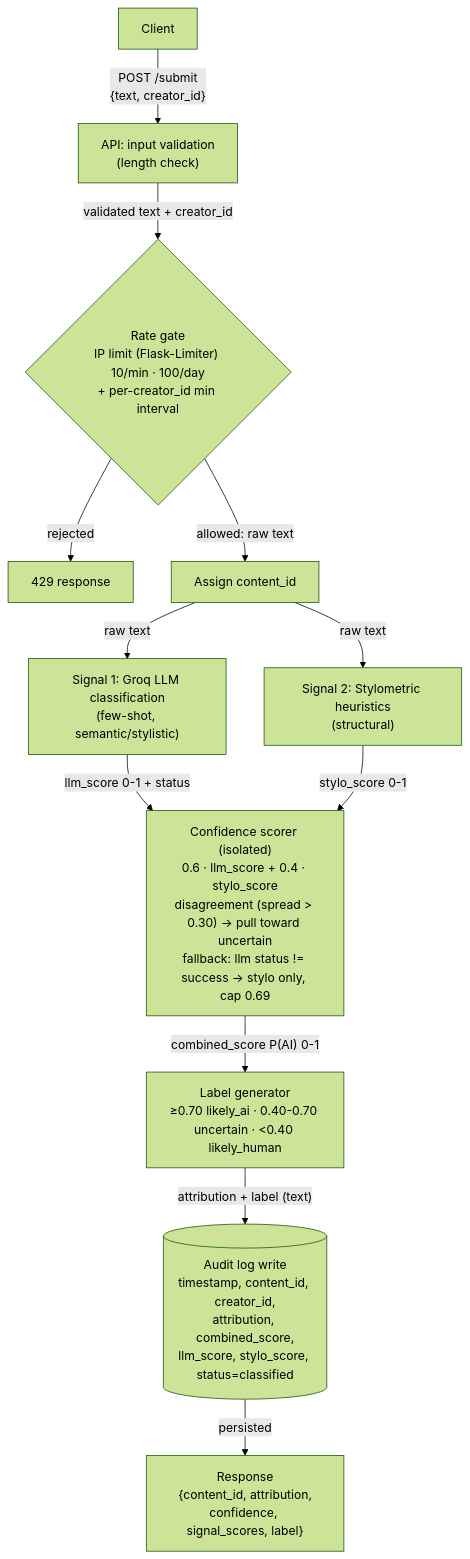
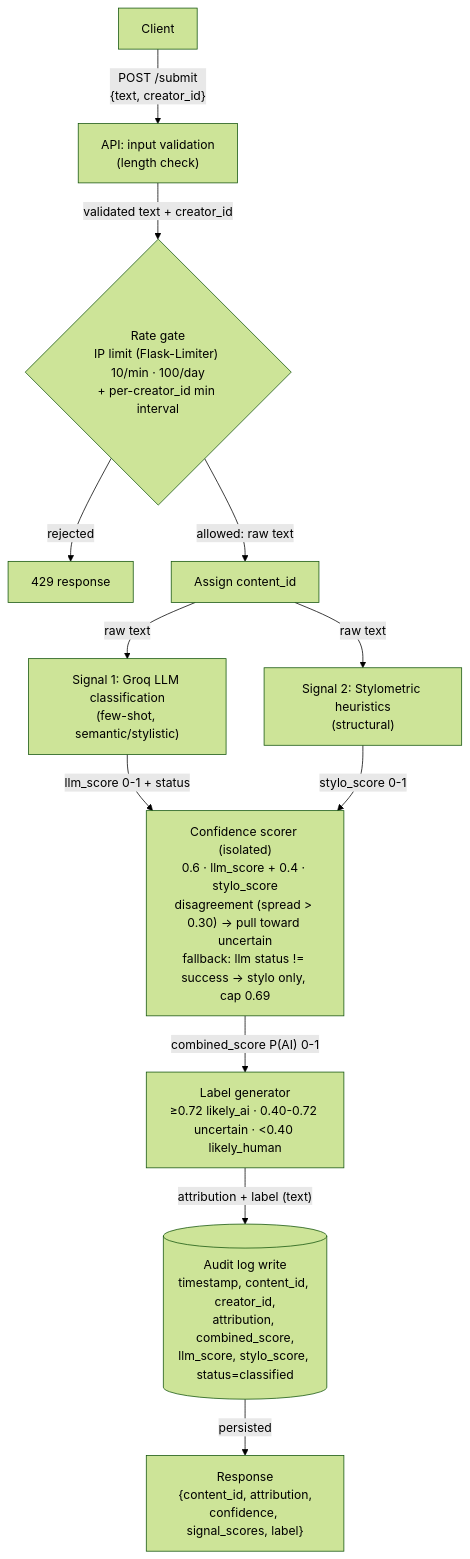
The first of 2 diagrams in planning.md (EmiEscu/ai201-project4-provenance-guard), drawn with Mermaid (forest theme) before and after one commit. The commit also changed other lines of this file and 2 other files, not shown here.

Commit message:
F: Stylometry.py and planning.md dropped punctuation_density_score. Raised likely ai threshold from 0.70 to 0.72 in confidence.py

````diff
--- a/planning.md
+++ b/planning.md
@@ -124,14 +129,14 @@
 ```mermaid
 flowchart TD
     A["Client"] -->|"POST /submit<br/>{text, creator_id}"| B["API: input validation<br/>(length check)"]
     B -->|"validated text + creator_id"| G{"Rate gate<br/>IP limit (Flask-Limiter) 10/min · 100/day<br/>+ per-creator_id min interval"}
     G -->|"rejected"| R429["429 response"]
     G -->|"allowed: raw text"| C["Assign content_id"]
     C -->|"raw text"| D["Signal 1: Groq LLM classification<br/>(few-shot, semantic/stylistic)"]
     C -->|"raw text"| E["Signal 2: Stylometric heuristics<br/>(structural)"]
     D -->|"llm_score 0-1 + status"| F["Confidence scorer (isolated)<br/>0.6 · llm_score + 0.4 · stylo_score<br/>disagreement (spread &gt; 0.30) → pull toward uncertain<br/>fallback: llm status != success → stylo only, cap 0.69"]
     E -->|"stylo_score 0-1"| F
-    F -->|"combined_score P(AI) 0-1"| H["Label generator<br/>≥0.70 likely_ai · 0.40-0.70 uncertain · &lt;0.40 likely_human"]
+    F -->|"combined_score P(AI) 0-1"| H["Label generator<br/>≥0.72 likely_ai · 0.40-0.72 uncertain · &lt;0.40 likely_human"]
     H -->|"attribution + label (text)"| L[("Audit log write<br/>timestamp, content_id, creator_id,<br/>attribution, combined_score,<br/>llm_score, stylo_score, status=classified")]
     L -->|"persisted"| Z["Response<br/>{content_id, attribution,<br/>confidence, signal_scores, label}"]
 ```
````
